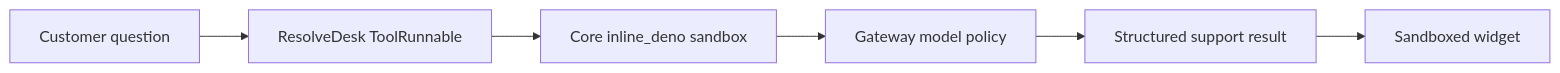
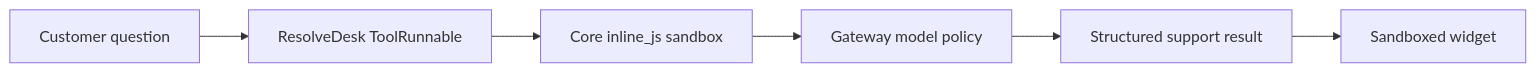
One commit to amajorai/ryu-docs changed the diagram in content/docs/extend/develop/extensions/support-widget.mdx. Above: the diagram before and after it, drawn with Mermaid. The commit also changed other lines of this file and 2538 other files, not shown here.

````diff
--- a/content/docs/extend/develop/extensions/support-widget.mdx
+++ b/content/docs/extend/develop/extensions/support-widget.mdx
@@ -17,8 +16,8 @@
 ```mermaid
 flowchart LR
   A[Customer question] --> B[ResolveDesk ToolRunnable]
-  B --> C[Core inline_deno sandbox]
+  B --> C[Core inline_js sandbox]
   C --> D[Gateway model policy]
   D --> E[Structured support result]
   E --> F[Sandboxed widget]
 ```
````
